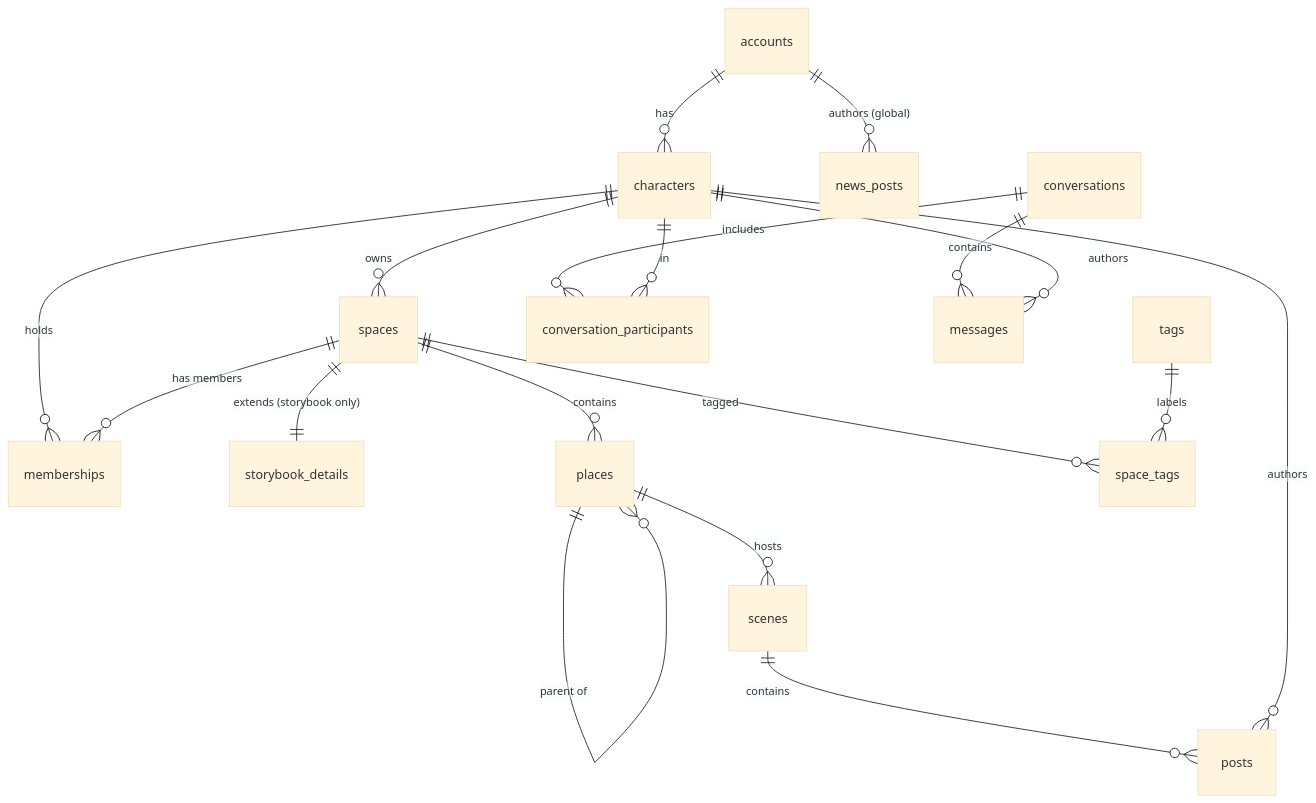
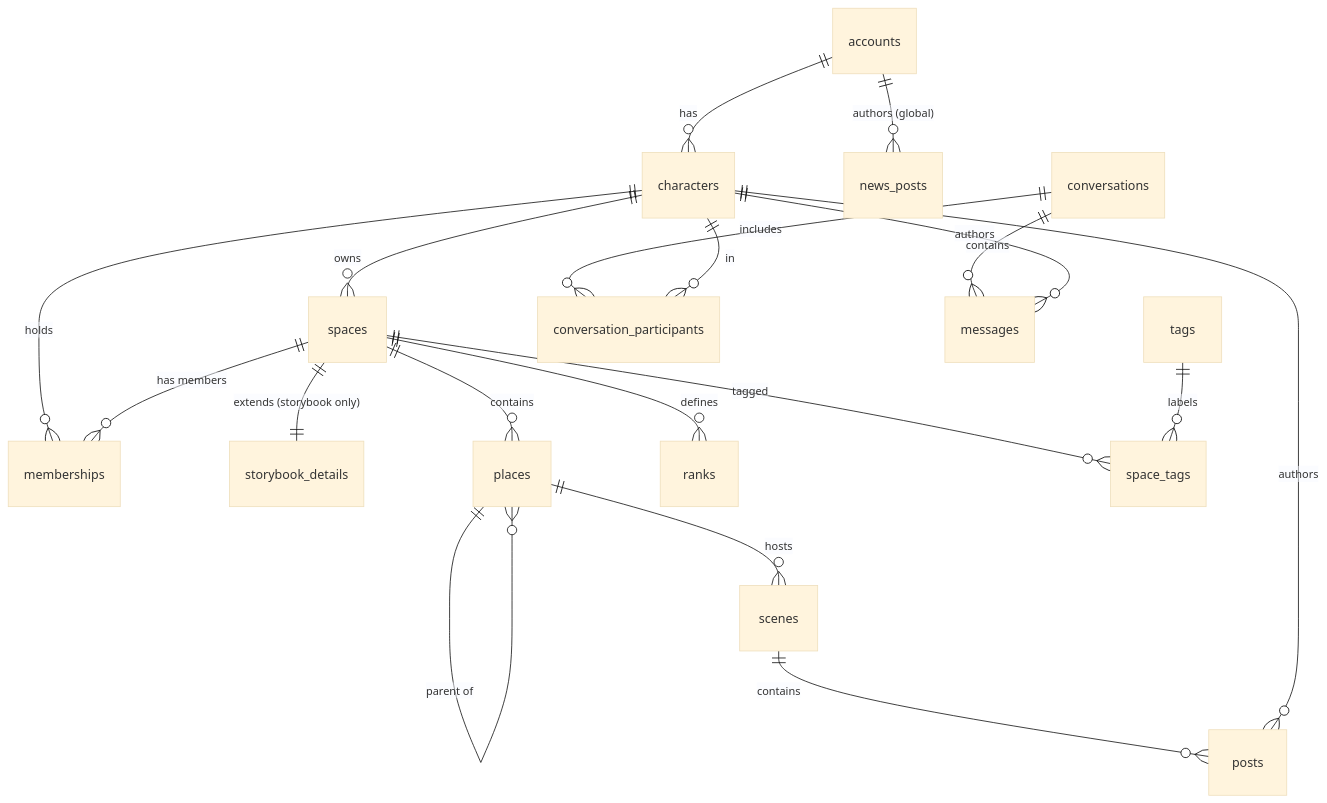
The diagram in docs/architecture/data-model.md (TxScientia/ServerXProject), drawn with Mermaid (base theme) before and after one commit. The commit also changed other lines of this file and 27 other files, not shown here.

````diff
--- a/docs/architecture/data-model.md
+++ b/docs/architecture/data-model.md
@@ -47,20 +48,21 @@
 ```mermaid
 erDiagram
     accounts ||--o{ characters : has
     accounts ||--o{ news_posts : "authors (global)"
     characters ||--o{ spaces : owns
     characters ||--o{ memberships : holds
     spaces ||--o{ memberships : "has members"
     spaces ||--|| storybook_details : "extends (storybook only)"
     spaces ||--o{ places : contains
+    spaces ||--o{ ranks : defines
     spaces ||--o{ space_tags : tagged
     tags ||--o{ space_tags : labels
     places ||--o{ places : "parent of"
     places ||--o{ scenes : hosts
     scenes ||--o{ posts : contains
     characters ||--o{ posts : authors
     conversations ||--o{ conversation_participants : includes
     characters ||--o{ conversation_participants : "in"
     conversations ||--o{ messages : contains
     characters ||--o{ messages : authors
 ```
````
